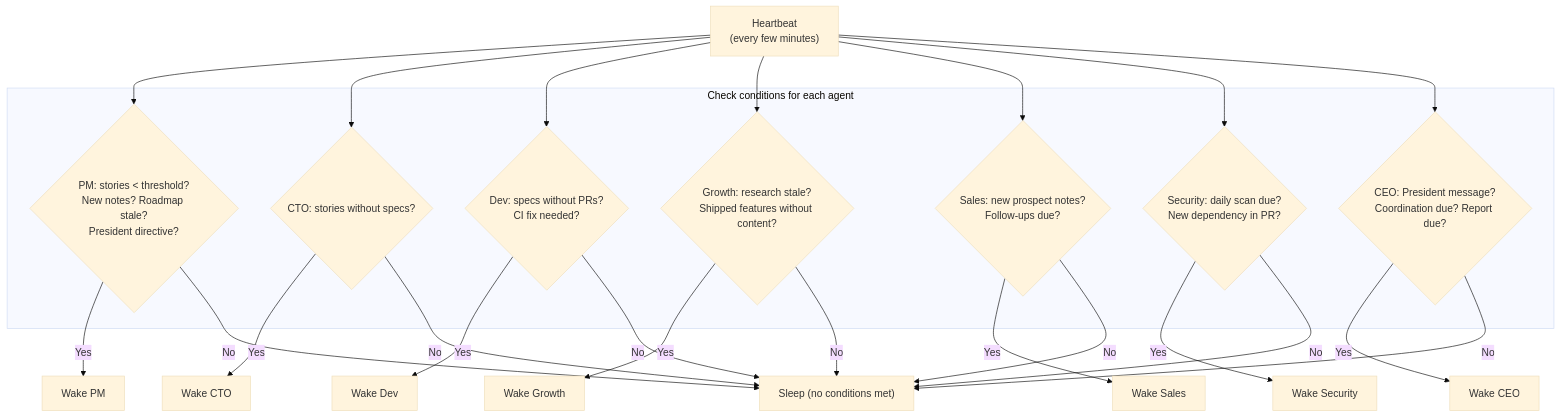
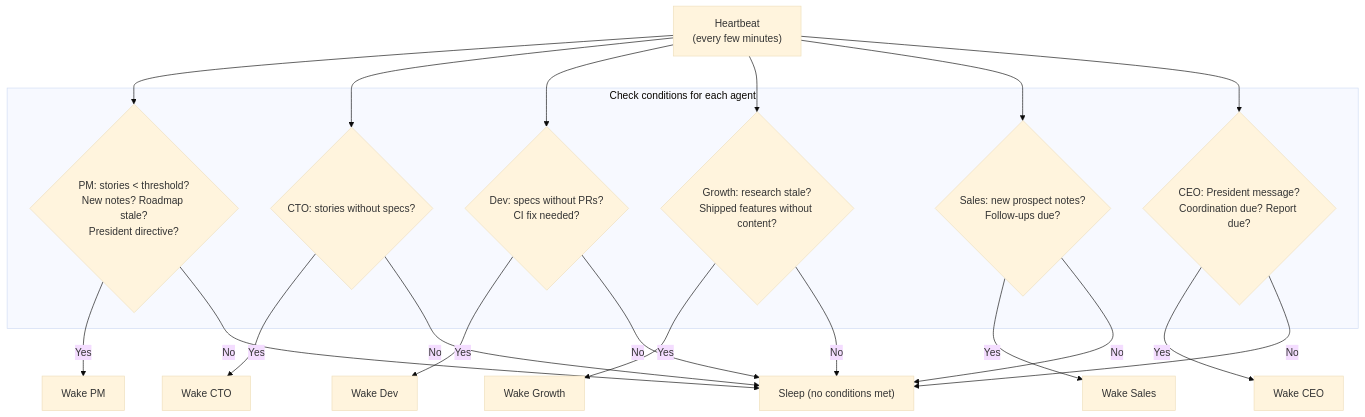
The third of 12 diagrams in docs/autopilot_arch_graph.md (damien-schneider/reflet), drawn with Mermaid (base theme) before and after one commit. The commit also changed other lines of this file and 35 other files, not shown here.

First line of the commit message:
refactor(autopilot): remove architect, docs, and security agents and simplify config

````diff
--- a/docs/autopilot_arch_graph.md
+++ b/docs/autopilot_arch_graph.md
@@ -77,40 +76,36 @@
 ```mermaid
 graph TB
     HEARTBEAT["Heartbeat<br/>(every few minutes)"]
 
     subgraph "Check conditions for each agent"
         C_PM{"PM: stories < threshold?<br/>New notes? Roadmap stale?<br/>President directive?"}
         C_CTO{"CTO: stories without specs?"}
         C_DEV{"Dev: specs without PRs?<br/>CI fix needed?"}
         C_GROWTH{"Growth: research stale?<br/>Shipped features without content?"}
         C_SALES{"Sales: new prospect notes?<br/>Follow-ups due?"}
-        C_SEC{"Security: daily scan due?<br/>New dependency in PR?"}
         C_CEO{"CEO: President message?<br/>Coordination due? Report due?"}
     end
 
     WAKE_PM["Wake PM"]
     WAKE_CTO["Wake CTO"]
     WAKE_DEV["Wake Dev"]
     WAKE_GROWTH["Wake Growth"]
     WAKE_SALES["Wake Sales"]
-    WAKE_SEC["Wake Security"]
     WAKE_CEO["Wake CEO"]
     SLEEP["Sleep (no conditions met)"]
 
-    HEARTBEAT --> C_PM & C_CTO & C_DEV & C_GROWTH & C_SALES & C_SEC & C_CEO
+    HEARTBEAT --> C_PM & C_CTO & C_DEV & C_GROWTH & C_SALES & C_CEO
 
     C_PM -->|"Yes"| WAKE_PM
     C_PM -->|"No"| SLEEP
     C_CTO -->|"Yes"| WAKE_CTO
     C_CTO -->|"No"| SLEEP
     C_DEV -->|"Yes"| WAKE_DEV
     C_DEV -->|"No"| SLEEP
     C_GROWTH -->|"Yes"| WAKE_GROWTH
     C_GROWTH -->|"No"| SLEEP
     C_SALES -->|"Yes"| WAKE_SALES
     C_SALES -->|"No"| SLEEP
-    C_SEC -->|"Yes"| WAKE_SEC
-    C_SEC -->|"No"| SLEEP
     C_CEO -->|"Yes"| WAKE_CEO
     C_CEO -->|"No"| SLEEP
 ```
````
